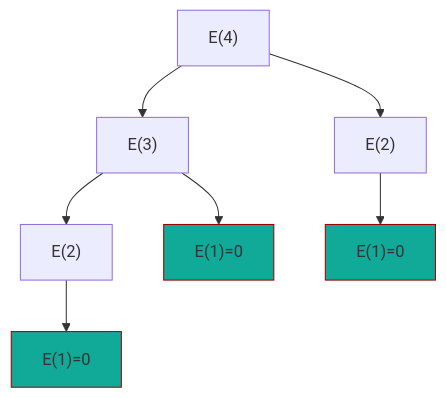
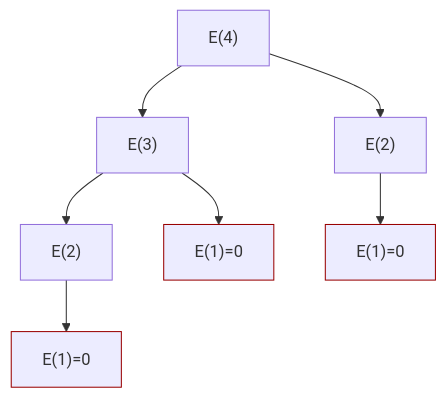
The diagram in docs/divide_and_conquer.md (JosueSay/FrogJumpProblem), drawn with Mermaid before and after one commit.

Commit message:
feat: edición quitando fondos

````diff
--- a/docs/divide_and_conquer.md
+++ b/docs/divide_and_conquer.md
@@ -68,15 +68,15 @@
 ```mermaid
 graph TD
     E4["E(4)"] --> E3["E(3)"]
     E4 --> E2["E(2)"]
 
     E3 --> E2a["E(2)"]
     E3 --> E1["E(1)=0"]
 
     E2 --> E1a["E(1)=0"]
     E2a --> E1b["E(1)=0"]
 
-style E1 fill:#1a9,stroke:#900,stroke-width:1px
-style E1a fill:#1a9,stroke:#900,stroke-width:1px
-style E1b fill:#1a9,stroke:#900,stroke-width:1px
+style E1 stroke:#900,stroke-width:1px
+style E1a stroke:#900,stroke-width:1px
+style E1b stroke:#900,stroke-width:1px
 ```
````
